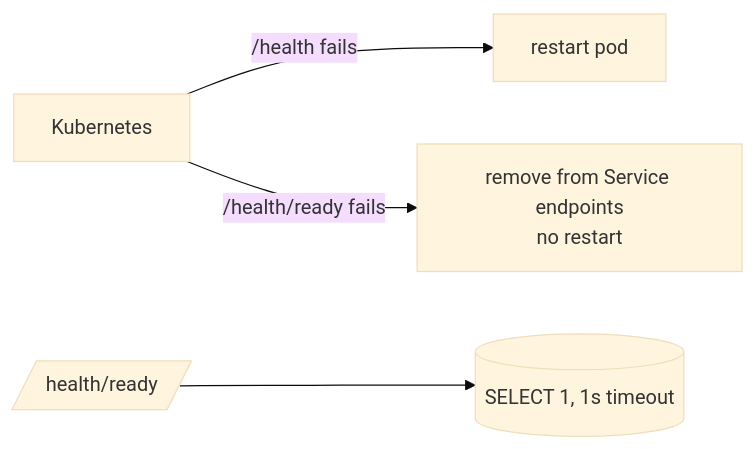
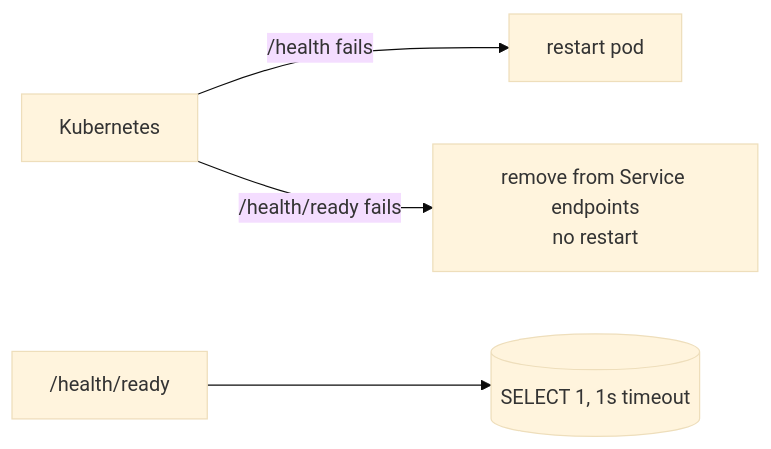
One commit to IamBishal29/shopflow-microservices changed the diagram in docs/learning/02-persistence-and-health-checks.md. Above: the diagram before and after it, drawn with Mermaid (base theme).

Commit message:
docs: quote mermaid labels in learning note 02

````diff
--- a/docs/learning/02-persistence-and-health-checks.md
+++ b/docs/learning/02-persistence-and-health-checks.md
@@ -24,6 +24,6 @@
 ```mermaid
 flowchart LR
   k8s[Kubernetes] -- /health fails --> restart[restart pod]
   k8s -- /health/ready fails --> out[remove from Service endpoints<br/>no restart]
-  ready[/health/ready/] --> q[(SELECT 1, 1s timeout)]
+  ready["/health/ready"] --> q[("SELECT 1, 1s timeout")]
 ```
````
